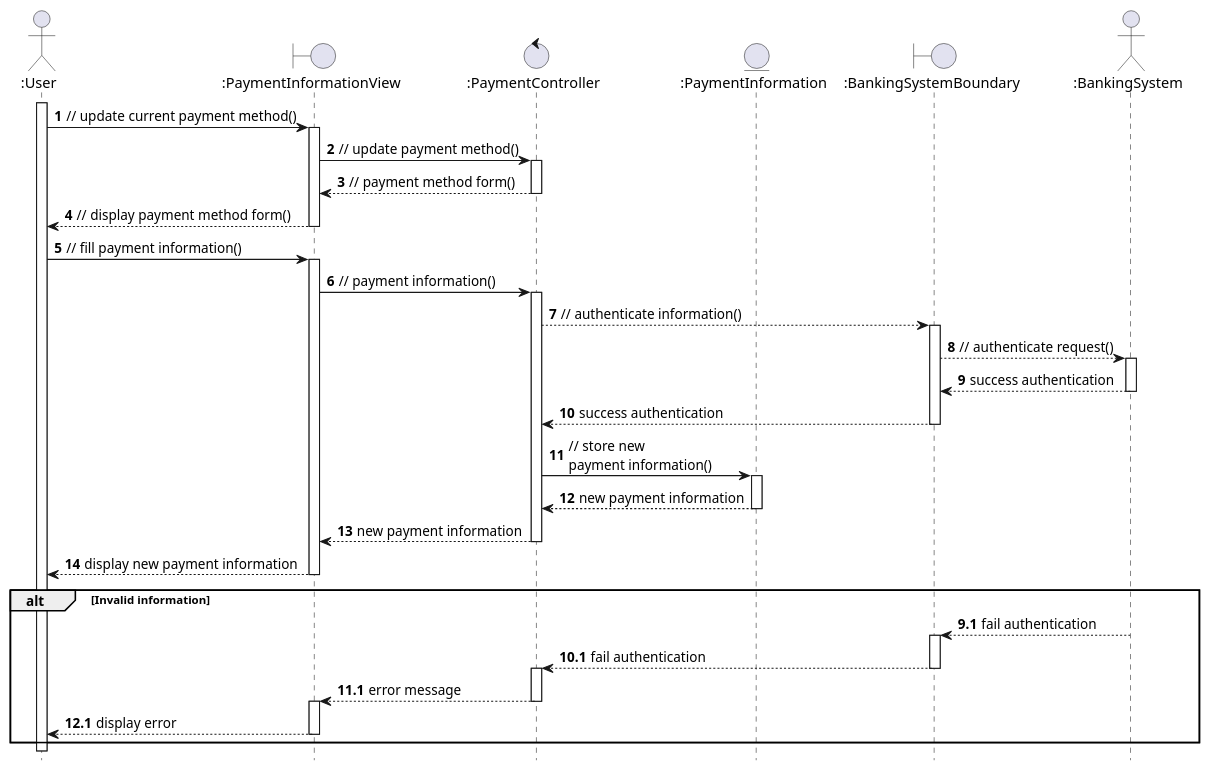
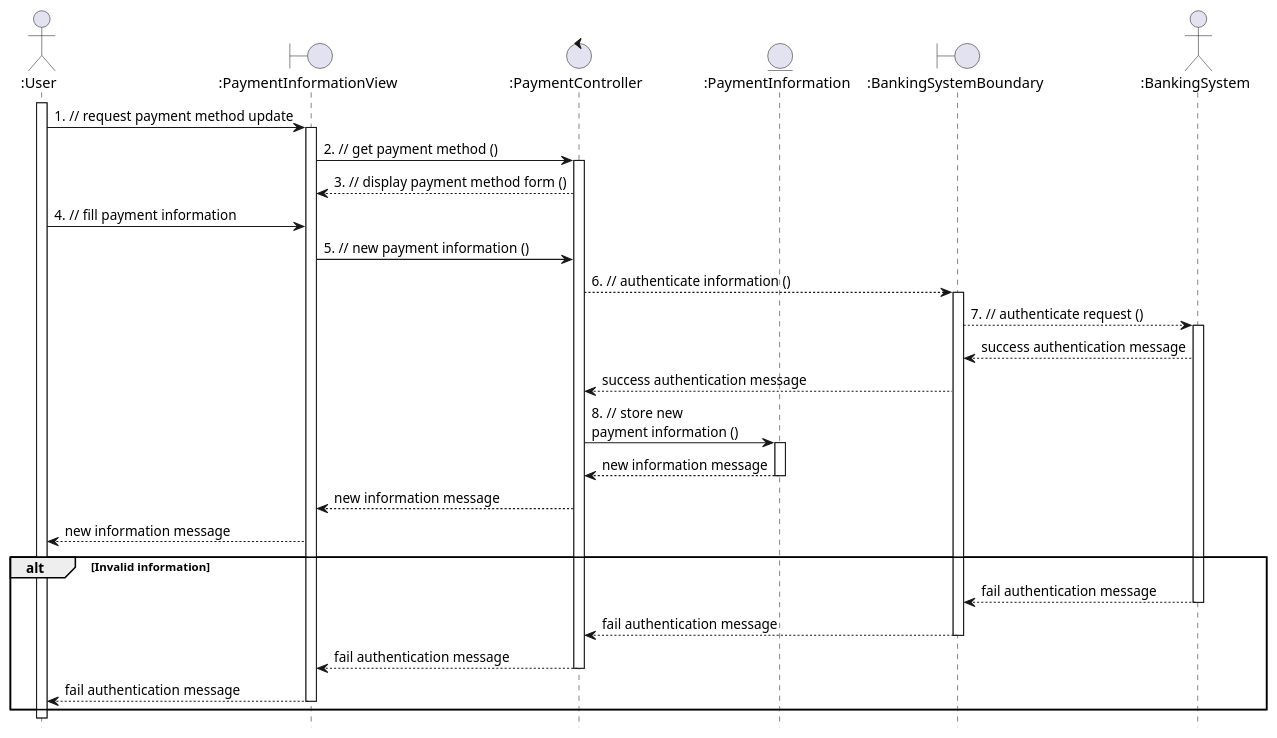
Before and after one commit to anhbanlinhle/velocity-exchange: the diagram in uml/analysis/sequence/update_payment_information.pu, drawn with PlantUML.

Commit message:
doc[lynn]: analysis sequence no. 4

```diff
--- a/uml/analysis/sequence/update_payment_information.pu
+++ b/uml/analysis/sequence/update_payment_information.pu
@@ -1,61 +1,48 @@
 @startuml
 hide footbox
 
-autonumber
 
 actor ":User" as User
 boundary ":PaymentInformationView" as PaymentInformationView
 control ":PaymentController" as PaymentController
 entity ":PaymentInformation" as PaymentInformation
 boundary ":BankingSystemBoundary" as BankingSystemBoundary
 actor ":BankingSystem" as BankingSystem
 
 User ++
-  User -> PaymentInformationView : // update current payment method()
+  User -> PaymentInformationView : 1. // request payment method update
   activate PaymentInformationView
-    PaymentInformationView -> PaymentController : // update payment method()
+    PaymentInformationView -> PaymentController : 2. // get payment method ()
     activate PaymentController
-      PaymentController --> PaymentInformationView: // payment method form()
-    deactivate PaymentController
-    PaymentInformationView --> User: // display payment method form()
-  deactivate PaymentInformationView
-  User -> PaymentInformationView: // fill payment information()
-  activate PaymentInformationView
-    PaymentInformationView -> PaymentController: // payment information()
-    activate PaymentController
-      PaymentController --> BankingSystemBoundary: // authenticate information()
+      PaymentController --> PaymentInformationView: 3. // display payment method form ()
+  User -> PaymentInformationView: 4. // fill payment information
+    PaymentInformationView -> PaymentController: 5. // new payment information ()
+      PaymentController --> BankingSystemBoundary: 6. // authenticate information ()
       activate BankingSystemBoundary
-        BankingSystemBoundary --> BankingSystem: // authenticate request()
+        BankingSystemBoundary --> BankingSystem: 7. // authenticate request ()
         activate BankingSystem
-          BankingSystem --> BankingSystemBoundary: success authentication
-        deactivate BankingSystem
-        BankingSystemBoundary --> PaymentController: success authentication
-      deactivate BankingSystemBoundary
-      PaymentController -> PaymentInformation: // store new \npayment information()
+          BankingSystem --> BankingSystemBoundary: success authentication message
+        BankingSystemBoundary --> PaymentController: success authentication message
+      PaymentController -> PaymentInformation: 8. // store new \npayment information ()
       activate PaymentInformation
-        PaymentInformation --> PaymentController: new payment information
+        PaymentInformation --> PaymentController: new information message
       deactivate PaymentInformation
-      PaymentController --> PaymentInformationView: new payment information
-    deactivate PaymentController
-    PaymentInformationView --> User: display new payment information
-  deactivate PaymentInformationView
+      PaymentController --> PaymentInformationView: new information message
+    PaymentInformationView --> User: new information message
 
 alt Invalid information
-  autonumber 9.1
-  BankingSystem --> BankingSystemBoundary: fail authentication
-  autonumber inc A
-  activate BankingSystemBoundary
-    BankingSystemBoundary --> PaymentController: fail authentication
-    autonumber inc A
+  
+  BankingSystem --> BankingSystemBoundary: fail authentication message
+  BankingSystem --
+    BankingSystemBoundary --> PaymentController: fail authentication message
+    
   deactivate BankingSystemBoundary
-  activate PaymentController
-    PaymentController --> PaymentInformationView: error message
-    autonumber inc A
+    PaymentController --> PaymentInformationView: fail authentication message
+    
   deactivate PaymentController
-  activate PaymentInformationView
-    PaymentInformationView --> User: display error
-    autonumber inc A
+    PaymentInformationView --> User: fail authentication message
+    
   deactivate PaymentInformationView
 end
 
 @enduml
```
